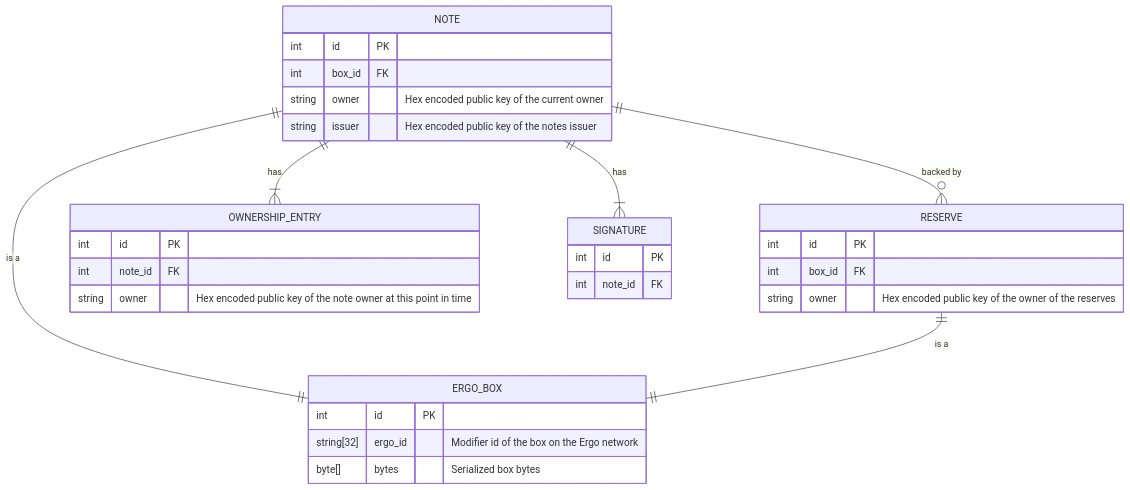
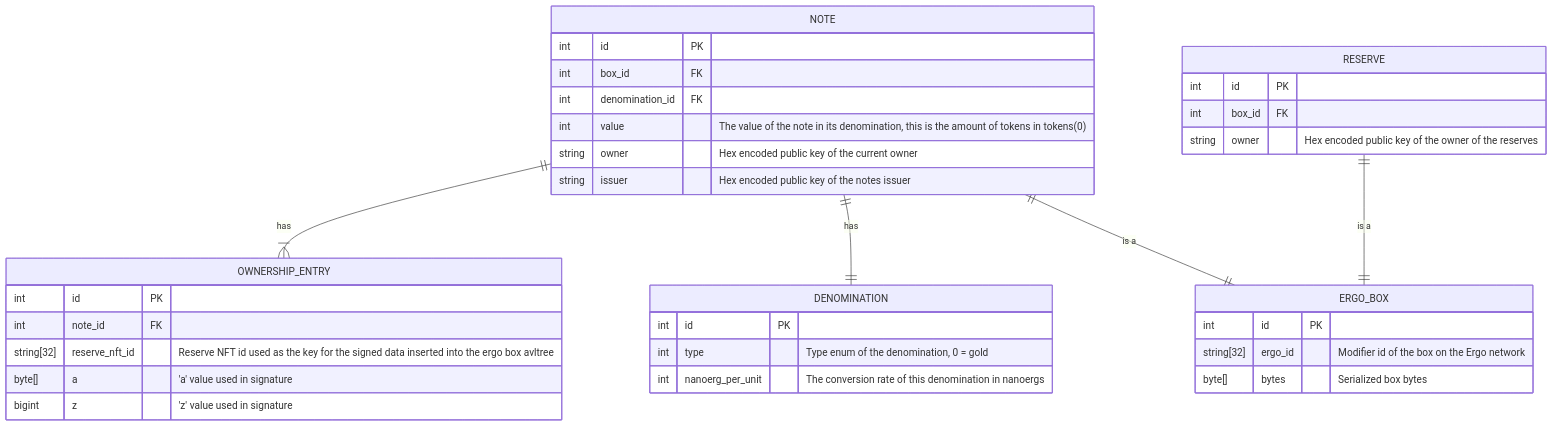
Before and after one commit to ChainCashLabs/chaincash-rs: the diagram in docs/MODEL.md, drawn with Mermaid. The commit also changed 19 other files, not shown here.

````diff
--- a/docs/MODEL.md
+++ b/docs/MODEL.md
@@ -5,33 +5,37 @@
 ```mermaid
 erDiagram
     NOTE {
         int id PK
         int box_id FK
+        int denomination_id FK
+        int value "The value of the note in its denomination, this is the amount of tokens in tokens(0)"
         string owner "Hex encoded public key of the current owner"
         string issuer "Hex encoded public key of the notes issuer"
     }
     RESERVE {
         int id PK
         int box_id FK
         string owner "Hex encoded public key of the owner of the reserves"
     }
     ERGO_BOX {
         int id PK
         string[32] ergo_id "Modifier id of the box on the Ergo network"
         byte[] bytes "Serialized box bytes"
     }
     OWNERSHIP_ENTRY {
         int id PK
         int note_id FK
-        string owner "Hex encoded public key of the note owner at this point in time"
+        string[32] reserve_nft_id "Reserve NFT id used as the key for the signed data inserted into the ergo box avltree"
+        byte[] a "'a' value used in signature"
+        bigint z "'z' value used in signature"
     }
-    SIGNATURE {
+    DENOMINATION {
         int id PK
-        int note_id FK
+        int type "Type enum of the denomination, 0 = gold"
+        int nanoerg_per_unit "The conversion rate of this denomination in nanoergs"
     }
-    NOTE ||--o{ RESERVE : "backed by"
     NOTE ||--|{ OWNERSHIP_ENTRY : "has"
-    NOTE ||--|{ SIGNATURE : "has"
+    NOTE ||--|| DENOMINATION : "has"
     NOTE ||--|| ERGO_BOX : "is a"
     RESERVE ||--|| ERGO_BOX : "is a"
 ```
````
